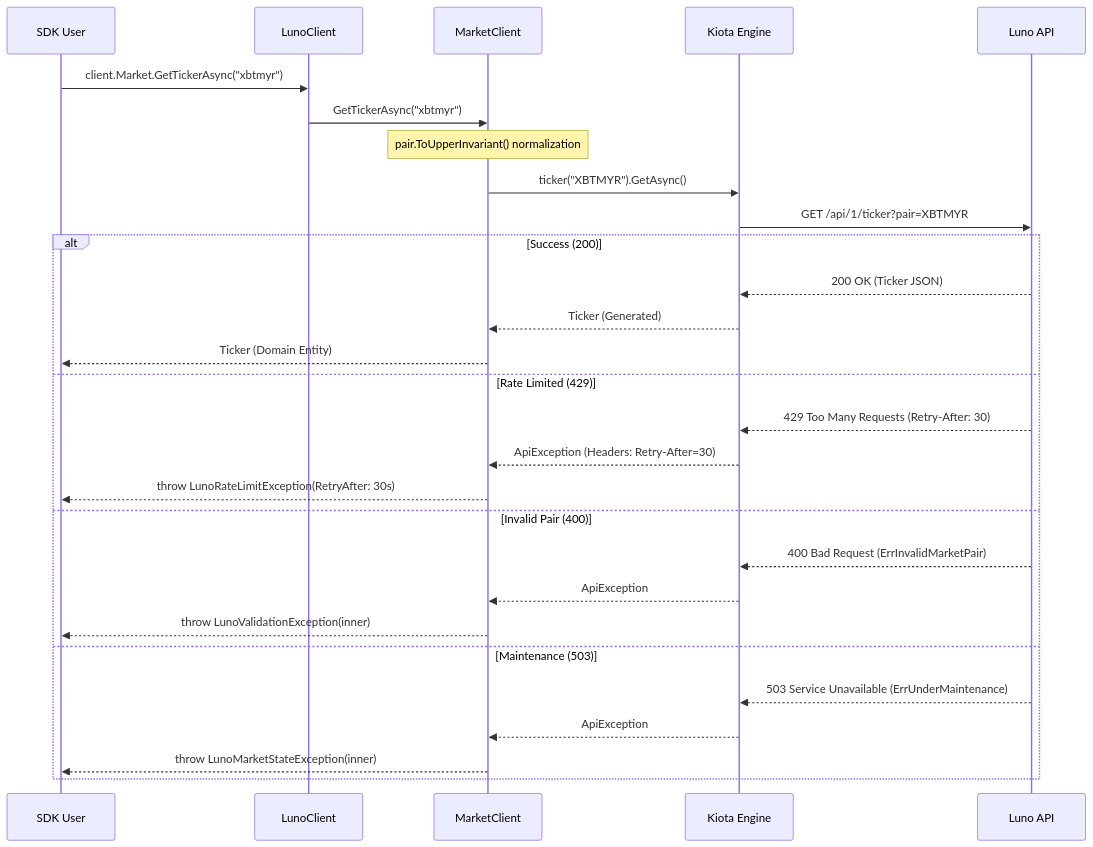
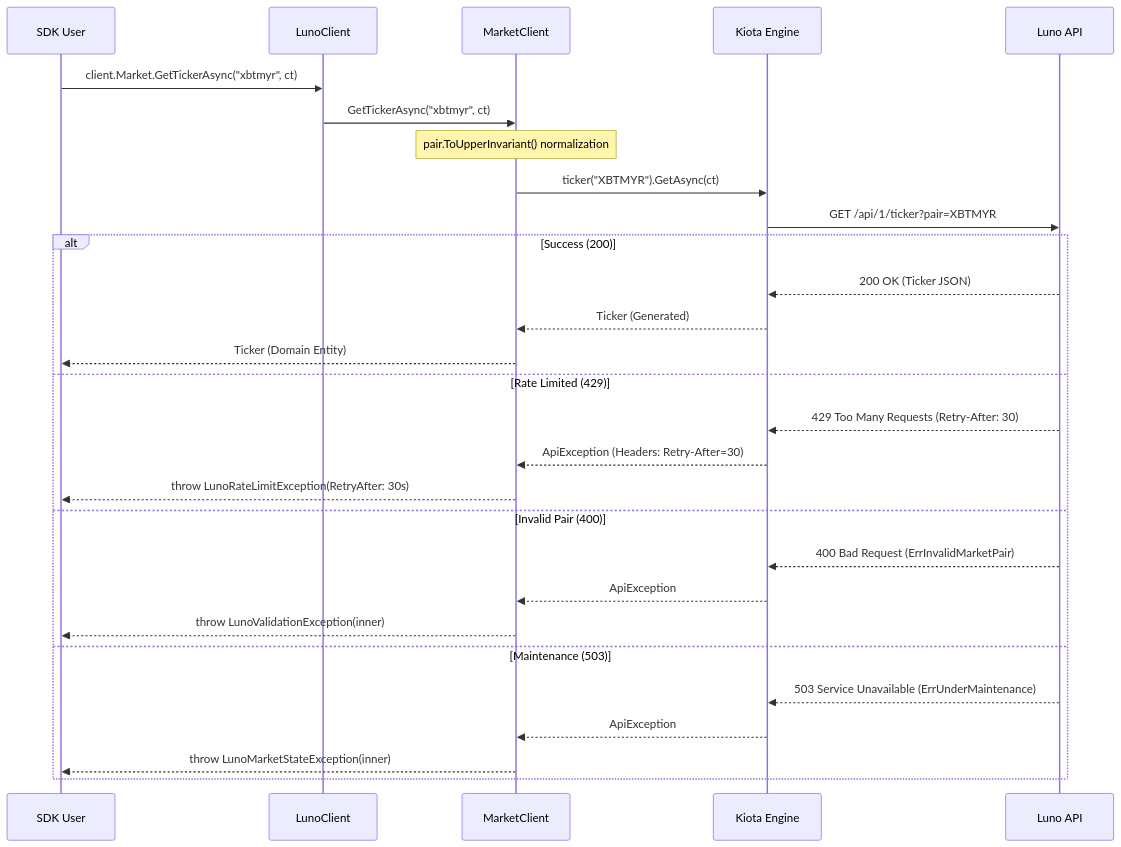
Before and after one commit to hsm207/Luno.SDK: the diagram in docs/rfcs/drafts/RFC005_SinglePairTickerRetrieval.md, drawn with Mermaid. The commit also changed other lines of this file, not shown here.

````diff
--- a/docs/rfcs/drafts/RFC005_SinglePairTickerRetrieval.md
+++ b/docs/rfcs/drafts/RFC005_SinglePairTickerRetrieval.md
@@ -33,33 +33,33 @@
 ```mermaid
 sequenceDiagram
     %% <!-- MachineTruth: SingleTickerRetrievalPipeline -->
     %% <!-- MachineTruth: NormalizationPolicy: ToUpperInvariant -->
     participant User as SDK User
     participant Client as LunoClient
     participant Market as MarketClient
     participant Kiota as Kiota Engine
     participant API as Luno API
 
-    User->>Client: client.Market.GetTickerAsync("xbtmyr")
-    Client->>Market: GetTickerAsync("xbtmyr")
+    User->>Client: client.Market.GetTickerAsync("xbtmyr", ct)
+    Client->>Market: GetTickerAsync("xbtmyr", ct)
     Note over Market: pair.ToUpperInvariant() normalization
-    Market->>Kiota: ticker("XBTMYR").GetAsync()
+    Market->>Kiota: ticker("XBTMYR").GetAsync(ct)
     Kiota->>API: GET /api/1/ticker?pair=XBTMYR
     alt Success (200)
         API-->>Kiota: 200 OK (Ticker JSON)
         Kiota-->>Market: Ticker (Generated)
         Market-->>User: Ticker (Domain Entity)
     else Rate Limited (429)
         API-->>Kiota: 429 Too Many Requests (Retry-After: 30)
         Kiota-->>Market: ApiException (Headers: Retry-After=30)
         Market-->>User: throw LunoRateLimitException(RetryAfter: 30s)
     else Invalid Pair (400)
         API-->>Kiota: 400 Bad Request (ErrInvalidMarketPair)
         Kiota-->>Market: ApiException
         Market-->>User: throw LunoValidationException(inner)
     else Maintenance (503)
         API-->>Kiota: 503 Service Unavailable (ErrUnderMaintenance)
         Kiota-->>Market: ApiException
         Market-->>User: throw LunoMarketStateException(inner)
     end
 ```
````
